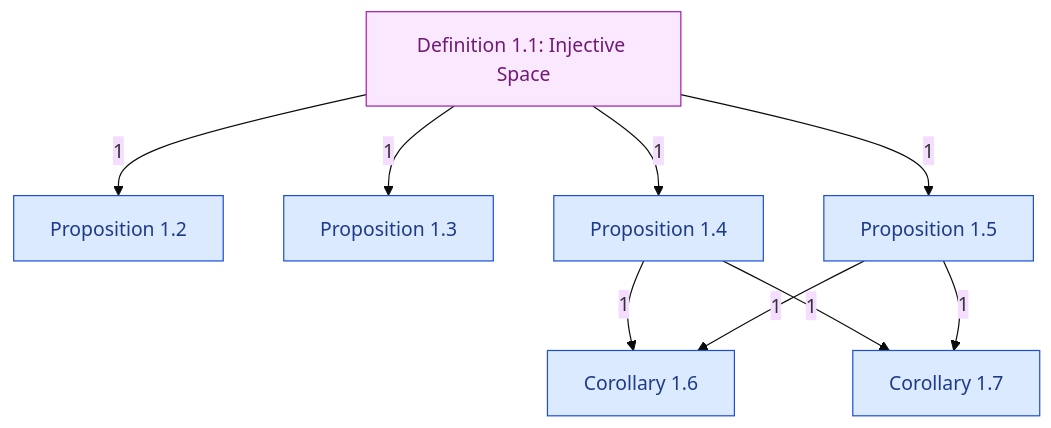
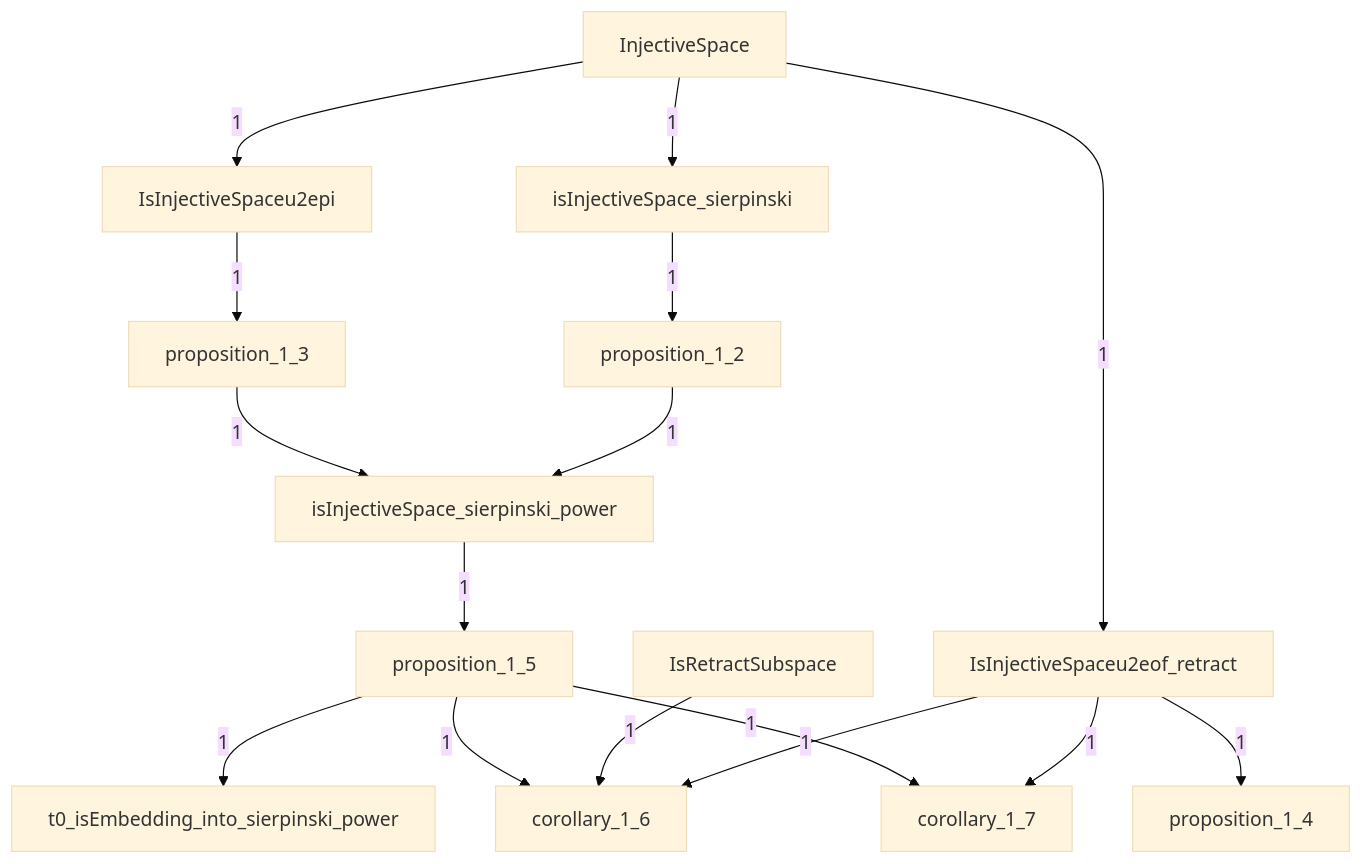
One commit to catskillsresearch/DomainTheory changed the diagram in DomainTheory/ContinuousLattice/Injective/Injective.mermaid. Above: the diagram before and after it, drawn with Mermaid (base theme). The commit also changed 216 other files, not shown here.

```diff
--- a/DomainTheory/ContinuousLattice/Injective/Injective.mermaid
+++ b/DomainTheory/ContinuousLattice/Injective/Injective.mermaid
@@ -1,30 +1,34 @@
-%% Notes of section 1, injective spaces, in paper order.
-%% Each box is one outline note from 1972_Injective_spaces.md.
+%% Lean files imported under this note.
 %% Arrowhead on the importer. The number is a direct-import count.
 %% An arrow already implied by a longer path is omitted.
-%% T0 spaces and absolute retracts have no Lean files.
 flowchart TB
 
-  C16["Corollary 1.6"]
-  C17["Corollary 1.7"]
-  D11["Definition 1.1: Injective Space"]
-  P12["Proposition 1.2"]
-  P13["Proposition 1.3"]
-  P14["Proposition 1.4"]
-  P15["Proposition 1.5"]
+  Injective_corollary_1_6["corollary_1_6"]
+  Injective_corollary_1_7["corollary_1_7"]
+  Injective_InjectiveSpace["InjectiveSpace"]
+  Injective_isInjectiveSpace_sierpinski["isInjectiveSpace_sierpinski"]
+  Injective_isInjectiveSpace_sierpinski_power["isInjectiveSpace_sierpinski_power"]
+  Injective_IsInjectiveSpaceu2eof_retract["IsInjectiveSpaceu2eof_retract"]
+  Injective_IsInjectiveSpaceu2epi["IsInjectiveSpaceu2epi"]
+  Injective_IsRetractSubspace["IsRetractSubspace"]
+  Injective_proposition_1_2["proposition_1_2"]
+  Injective_proposition_1_3["proposition_1_3"]
+  Injective_proposition_1_4["proposition_1_4"]
+  Injective_proposition_1_5["proposition_1_5"]
+  Injective_t0_isEmbedding_into_sierpinski_power["t0_isEmbedding_into_sierpinski_power"]
 
-  P14 -->|"1"| C16
-  P15 -->|"1"| C16
-  P14 -->|"1"| C17
-  P15 -->|"1"| C17
-  D11 -->|"1"| P12
-  D11 -->|"1"| P13
-  D11 -->|"1"| P14
-  D11 -->|"1"| P15
-
-  classDef concept fill:#dcfce7,stroke:#15803d,color:#14532d
-  classDef numbered fill:#dbeafe,stroke:#1d4ed8,color:#1e3a8a
-  classDef definition fill:#fae8ff,stroke:#a21caf,color:#701a75
-  class D11 definition
-  class P12,P13,P14,P15 numbered
-  class C16,C17 numbered
+  Injective_IsInjectiveSpaceu2eof_retract -->|"1"| Injective_corollary_1_6
+  Injective_IsRetractSubspace -->|"1"| Injective_corollary_1_6
+  Injective_proposition_1_5 -->|"1"| Injective_corollary_1_6
+  Injective_IsInjectiveSpaceu2eof_retract -->|"1"| Injective_corollary_1_7
+  Injective_proposition_1_5 -->|"1"| Injective_corollary_1_7
+  Injective_InjectiveSpace -->|"1"| Injective_isInjectiveSpace_sierpinski
+  Injective_proposition_1_2 -->|"1"| Injective_isInjectiveSpace_sierpinski_power
+  Injective_proposition_1_3 -->|"1"| Injective_isInjectiveSpace_sierpinski_power
+  Injective_InjectiveSpace -->|"1"| Injective_IsInjectiveSpaceu2eof_retract
+  Injective_InjectiveSpace -->|"1"| Injective_IsInjectiveSpaceu2epi
+  Injective_isInjectiveSpace_sierpinski -->|"1"| Injective_proposition_1_2
+  Injective_IsInjectiveSpaceu2epi -->|"1"| Injective_proposition_1_3
+  Injective_IsInjectiveSpaceu2eof_retract -->|"1"| Injective_proposition_1_4
+  Injective_isInjectiveSpace_sierpinski_power -->|"1"| Injective_proposition_1_5
+  Injective_proposition_1_5 -->|"1"| Injective_t0_isEmbedding_into_sierpinski_power
```
